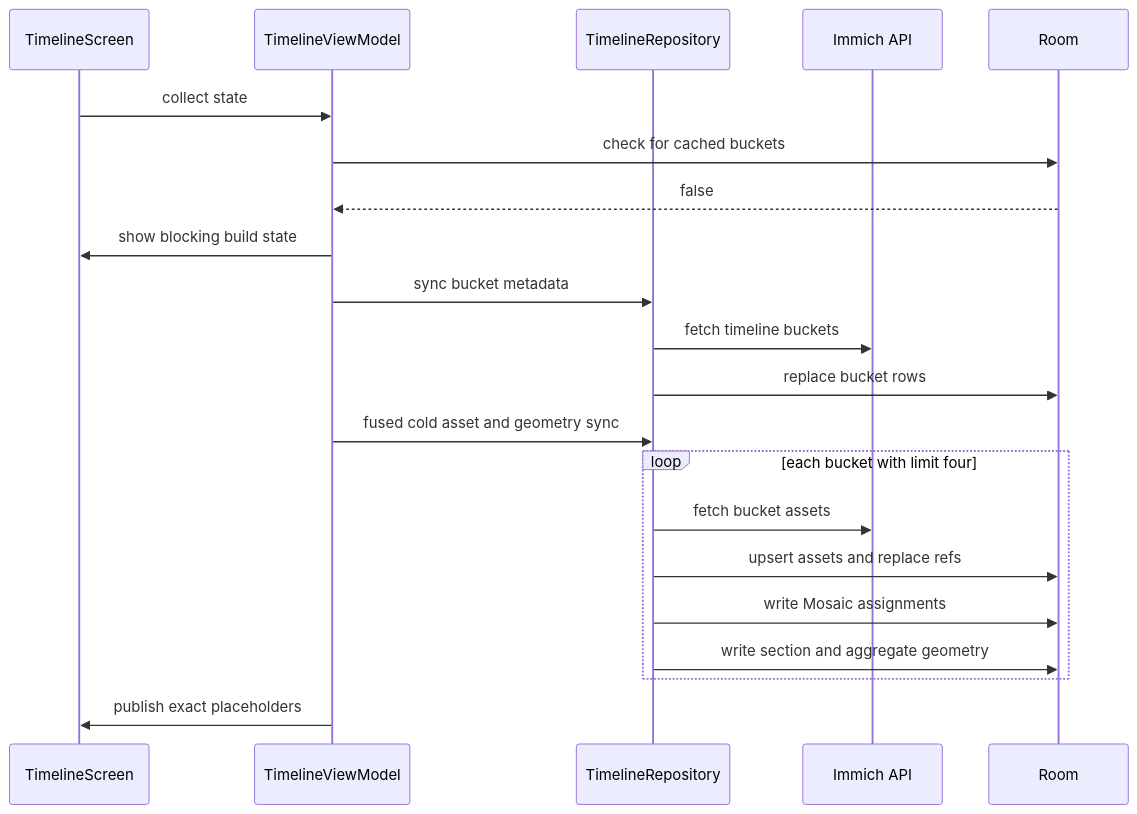
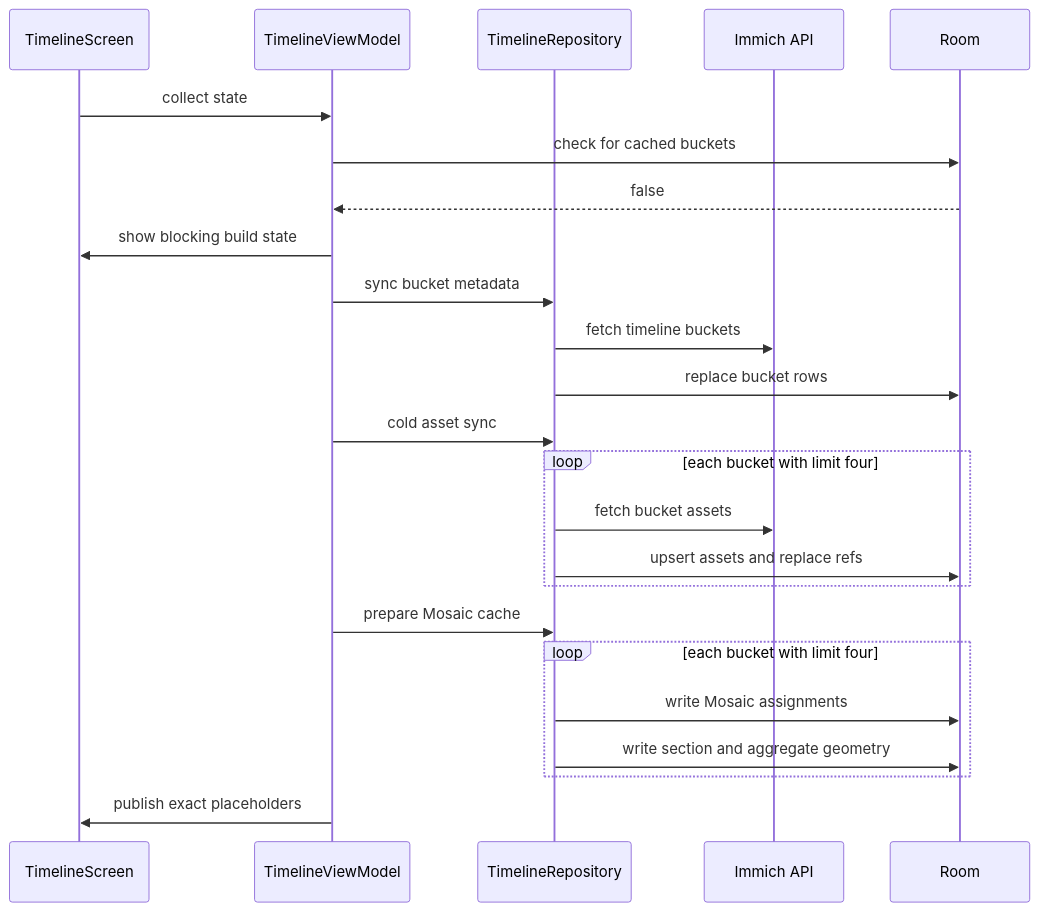
The second of 7 diagrams in docs/timeline.md (ch4ndu/ImmichGallery), drawn with Mermaid before and after one commit. The commit also changed other lines of this file and 52 other files, not shown here.

````diff
--- a/docs/timeline.md
+++ b/docs/timeline.md
@@ -153,24 +155,27 @@
 ```mermaid
 sequenceDiagram
     participant UI as TimelineScreen
     participant VM as TimelineViewModel
     participant Repo as TimelineRepository
     participant API as Immich API
     participant DB as Room
 
     UI->>VM: collect state
     VM->>DB: check for cached buckets
     DB-->>VM: false
     VM->>UI: show blocking build state
     VM->>Repo: sync bucket metadata
     Repo->>API: fetch timeline buckets
     Repo->>DB: replace bucket rows
-    VM->>Repo: fused cold asset and geometry sync
+    VM->>Repo: cold asset sync
     loop each bucket with limit four
         Repo->>API: fetch bucket assets
         Repo->>DB: upsert assets and replace refs
+    end
+    VM->>Repo: prepare Mosaic cache
+    loop each bucket with limit four
         Repo->>DB: write Mosaic assignments
         Repo->>DB: write section and aggregate geometry
     end
     VM->>UI: publish exact placeholders
 ```
````
